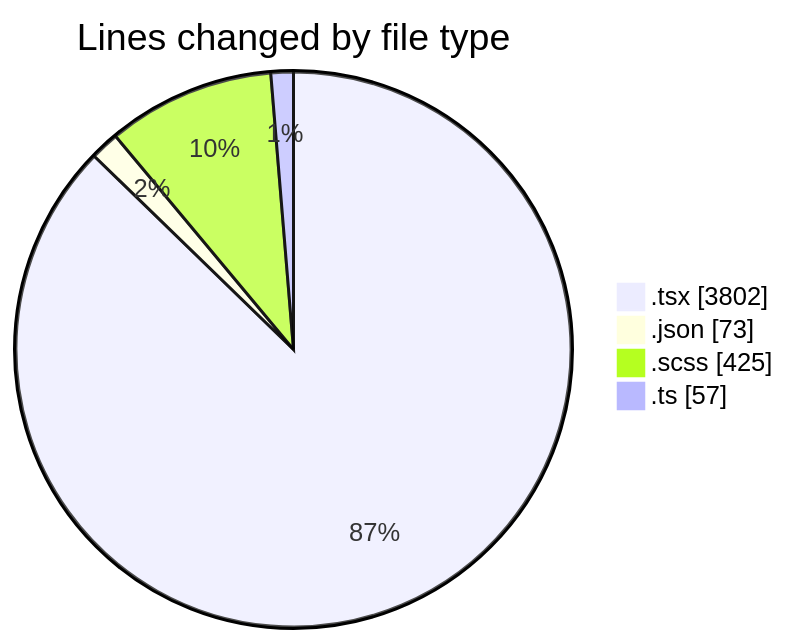
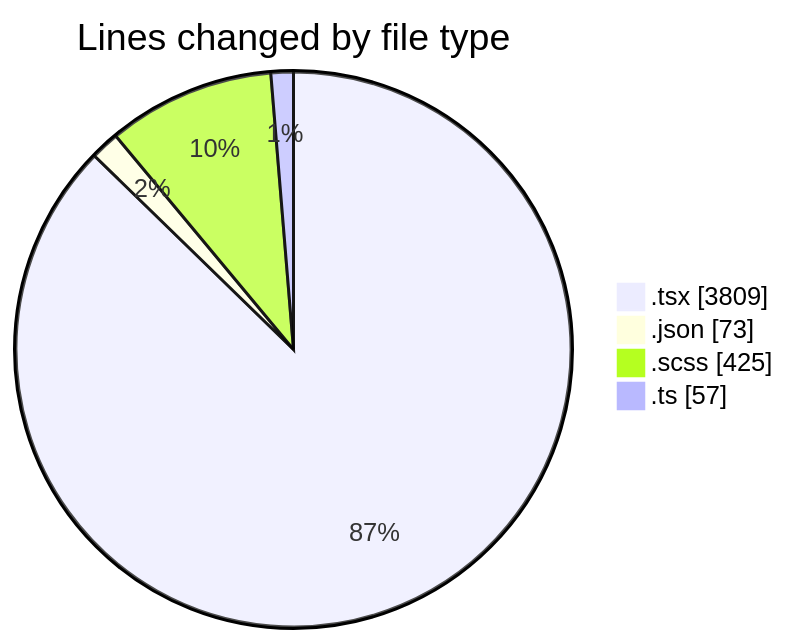
One commit to momahboobian/code-tracking changed the first of 2 diagrams in 2025-10-02/cda/README.md. Above: the diagram before and after it, drawn with Mermaid. The commit also changed other lines of this file and 1 other file, not shown here.

````diff
--- a/2025-10-02/cda/README.md
+++ b/2025-10-02/cda/README.md
@@ -29,8 +29,8 @@
 ```mermaid
 pie showData
 title Lines changed by file type
-".tsx" : 3802
+".tsx" : 3809
 ".json" : 73
 ".scss" : 425
 ".ts" : 57
 ```
````
